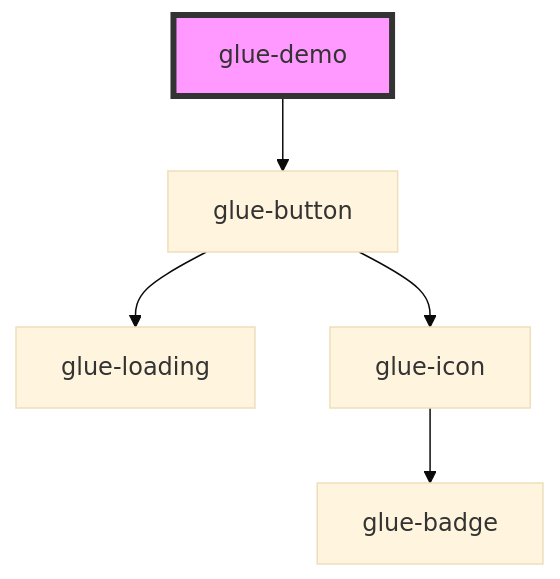
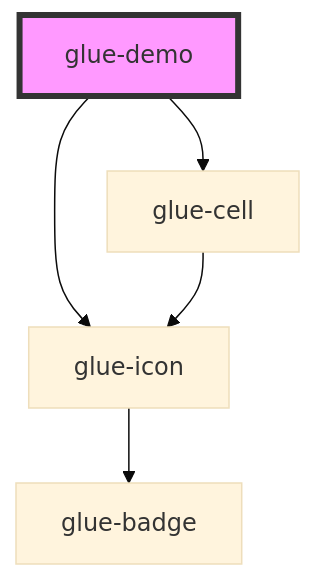
Before and after one commit to grasilife/glue: the diagram in packages/glue-components/src/components/glue-demo/readme.md, drawn with Mermaid (base theme). The commit also changed other lines of this file and 69 other files, not shown here.

````diff
--- a/packages/glue-components/src/components/glue-demo/readme.md
+++ b/packages/glue-components/src/components/glue-demo/readme.md
@@ -22,8 +23,8 @@
 ```mermaid
 graph TD;
-  glue-demo --> glue-button
-  glue-button --> glue-loading
-  glue-button --> glue-icon
+  glue-demo --> glue-cell
+  glue-demo --> glue-icon
+  glue-cell --> glue-icon
   glue-icon --> glue-badge
   style glue-demo fill:#f9f,stroke:#333,stroke-width:4px
 ```
````
